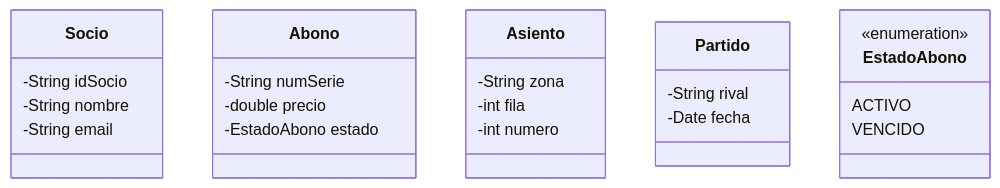
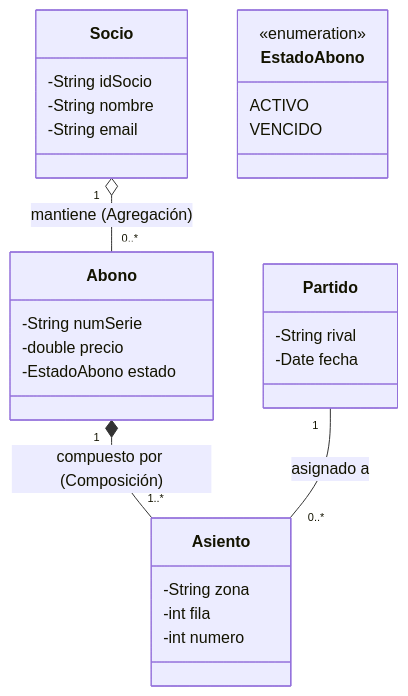
One commit to Rodrigodmp19/Calculadora_documentado changed the diagram in README.md. Above: the diagram before and after it, drawn with Mermaid.

Commit message:
Fix formatting issues in README.md

````diff
--- a/README.md
+++ b/README.md
@@ -141,31 +141,36 @@
 ```mermaid
 classDiagram
     class Socio {
         -String idSocio
         -String nombre
         -String email
     }
 
     class Abono {
         -String numSerie
         -double precio
         -EstadoAbono estado
     }
 
     class Asiento {
         -String zona
         -int fila
         -int numero
     }
 
     class Partido {
         -String rival
         -Date fecha
     }
 
     class EstadoAbono {
         <<enumeration>>
         ACTIVO
         VENCIDO
     }
+
+    %% Relaciones
+    Socio "1" o-- "0..*" Abono : mantiene (Agregación)
+    Abono "1" *-- "1..*" Asiento : compuesto por (Composición)
+    Partido "1" -- "0..*" Asiento : asignado a
 ```
````
